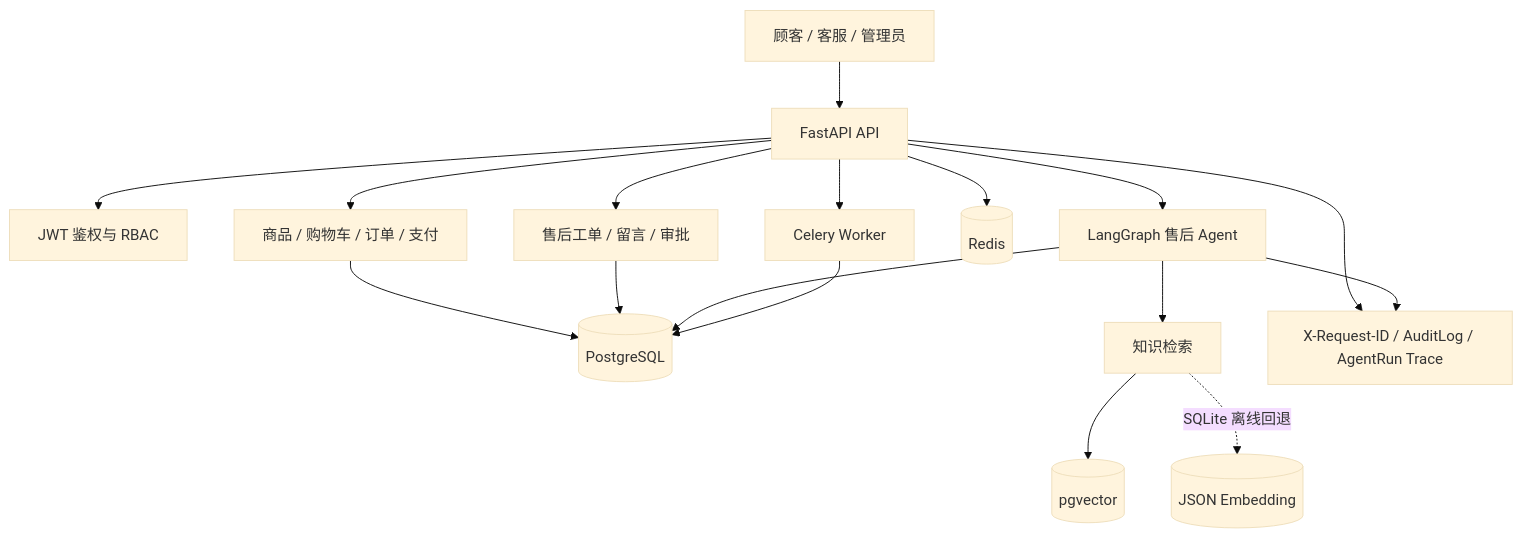
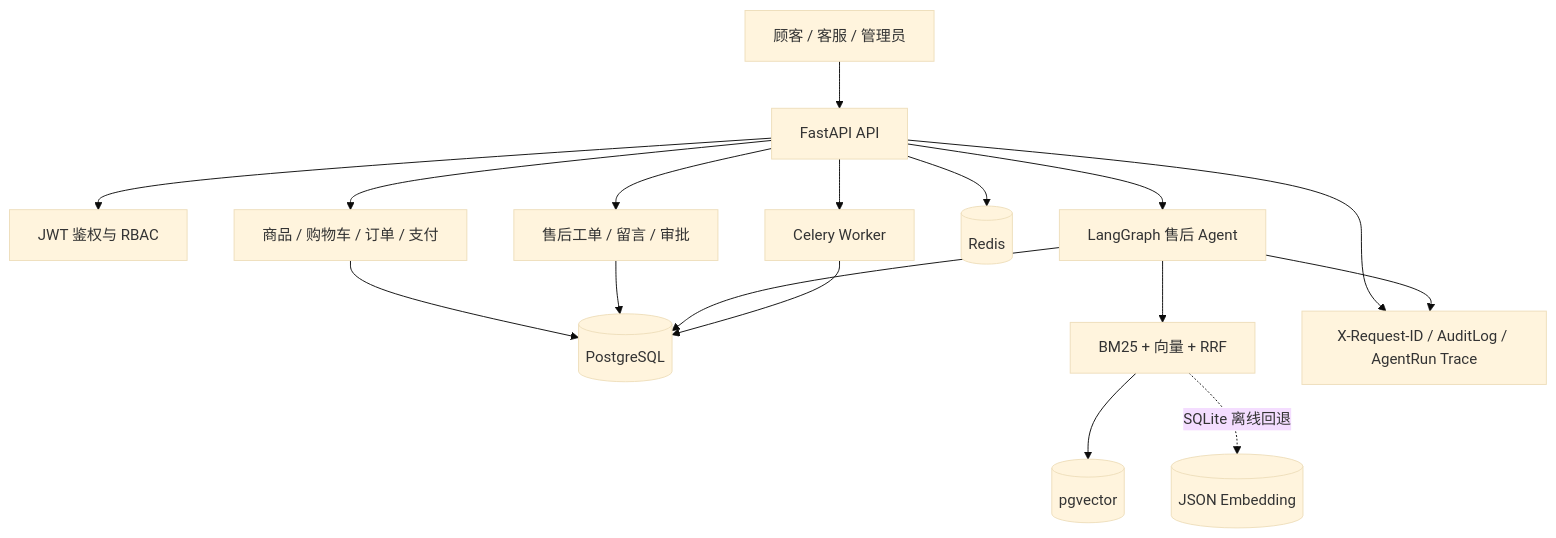
One commit to leeon666/ShopAgent changed the first of 4 diagrams in docs/ARCHITECTURE.md. Above: the diagram before and after it, drawn with Mermaid (base theme). The commit also changed other lines of this file and 27 other files, not shown here.

````diff
--- a/docs/ARCHITECTURE.md
+++ b/docs/ARCHITECTURE.md
@@ -5,22 +5,22 @@
 ```mermaid
 flowchart TD
     U[顾客 / 客服 / 管理员] --> API[FastAPI API]
     API --> AUTH[JWT 鉴权与 RBAC]
     API --> SHOP[商品 / 购物车 / 订单 / 支付]
     API --> AS[售后工单 / 留言 / 审批]
     API --> AGENT[LangGraph 售后 Agent]
 
     SHOP --> DB[(PostgreSQL)]
     AS --> DB
     AGENT --> DB
-    AGENT --> RAG[知识检索]
+    AGENT --> RAG[BM25 + 向量 + RRF]
     RAG --> PGV[(pgvector)]
     RAG -. SQLite 离线回退 .-> JSON[(JSON Embedding)]
 
     API --> REDIS[(Redis)]
     API --> CELERY[Celery Worker]
     CELERY --> DB
 
     API --> OBS[X-Request-ID / AuditLog / AgentRun Trace]
     AGENT --> OBS
 ```
````
